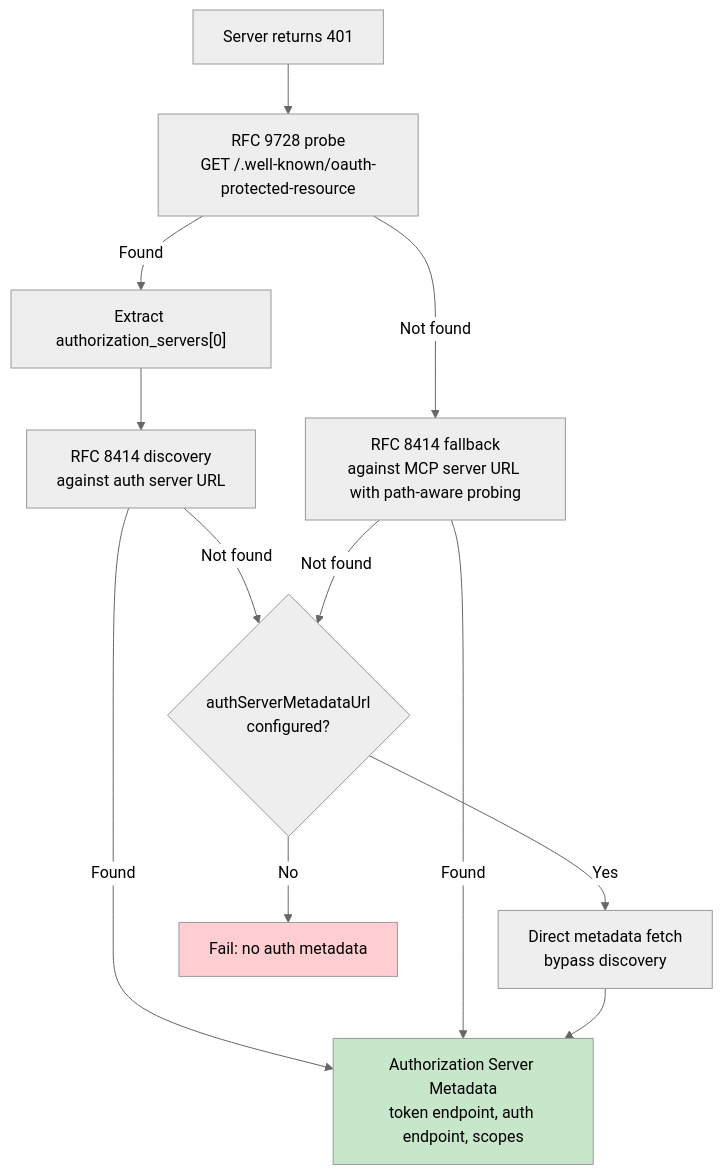
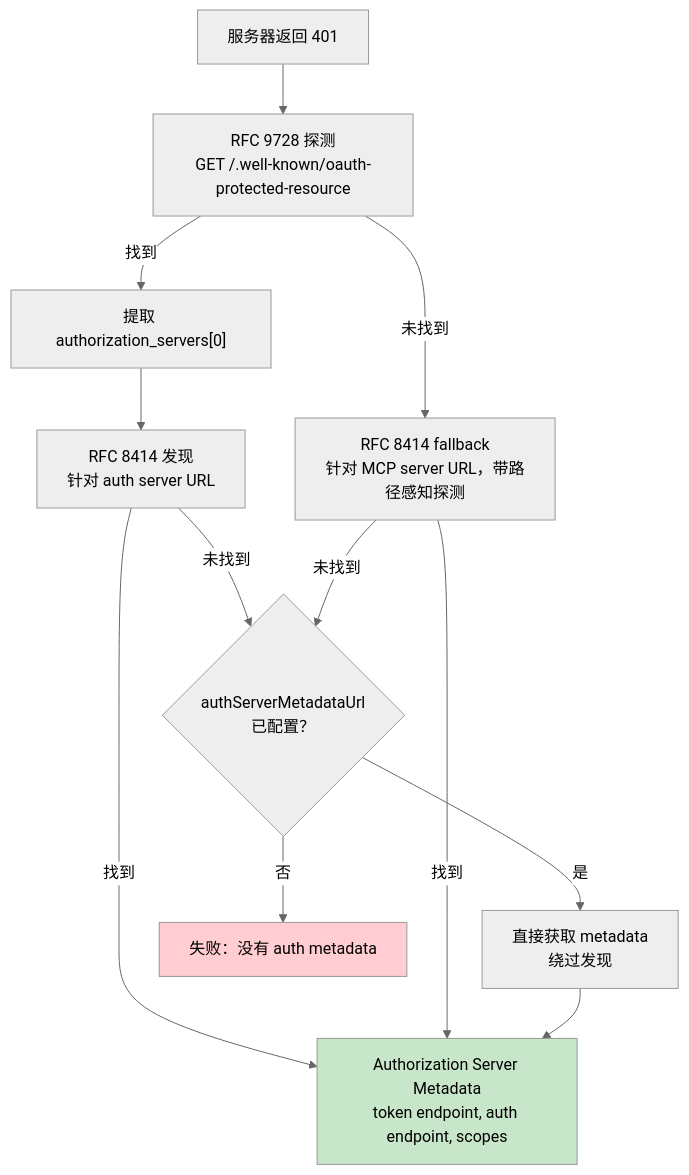
One commit to quanuanc/claude-code-from-source changed the second of 2 diagrams in book-zh/ch15-mcp.md. Above: the diagram before and after it, drawn with Mermaid (neutral theme). The commit also changed other lines of this file and 1 other file, not shown here.

````diff
--- a/book-zh/ch15-mcp.md
+++ b/book-zh/ch15-mcp.md
@@ -103,17 +96,17 @@
 ```mermaid
 flowchart TD
-    A[Server returns 401] --> B["RFC 9728 probe<br/>GET /.well-known/oauth-protected-resource"]
-    B -->|Found| C["Extract authorization_servers[0]"]
-    C --> D["RFC 8414 discovery<br/>against auth server URL"]
-    B -->|Not found| E["RFC 8414 fallback<br/>against MCP server URL with path-aware probing"]
-    D -->|Found| F[Authorization Server Metadata<br/>token endpoint, auth endpoint, scopes]
-    E -->|Found| F
-    D -->|Not found| G{authServerMetadataUrl<br/>configured?}
-    E -->|Not found| G
-    G -->|Yes| H[Direct metadata fetch<br/>bypass discovery]
-    G -->|No| I[Fail: no auth metadata]
+    A[服务器返回 401] --> B["RFC 9728 探测<br/>GET /.well-known/oauth-protected-resource"]
+    B -->|找到| C["提取 authorization_servers[0]"]
+    C --> D["RFC 8414 发现<br/>针对 auth server URL"]
+    B -->|未找到| E["RFC 8414 fallback<br/>针对 MCP server URL，带路径感知探测"]
+    D -->|找到| F[Authorization Server Metadata<br/>token endpoint, auth endpoint, scopes]
+    E -->|找到| F
+    D -->|未找到| G{authServerMetadataUrl<br/>已配置？}
+    E -->|未找到| G
+    G -->|是| H[直接获取 metadata<br/>绕过发现]
+    G -->|否| I[失败：没有 auth metadata]
     H --> F
 
     style F fill:#c8e6c9
     style I fill:#ffcdd2
 ```
````
